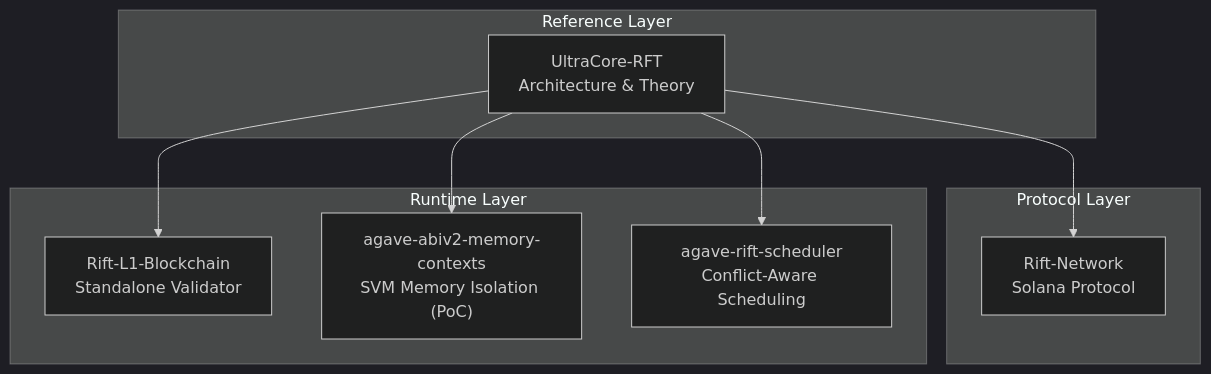
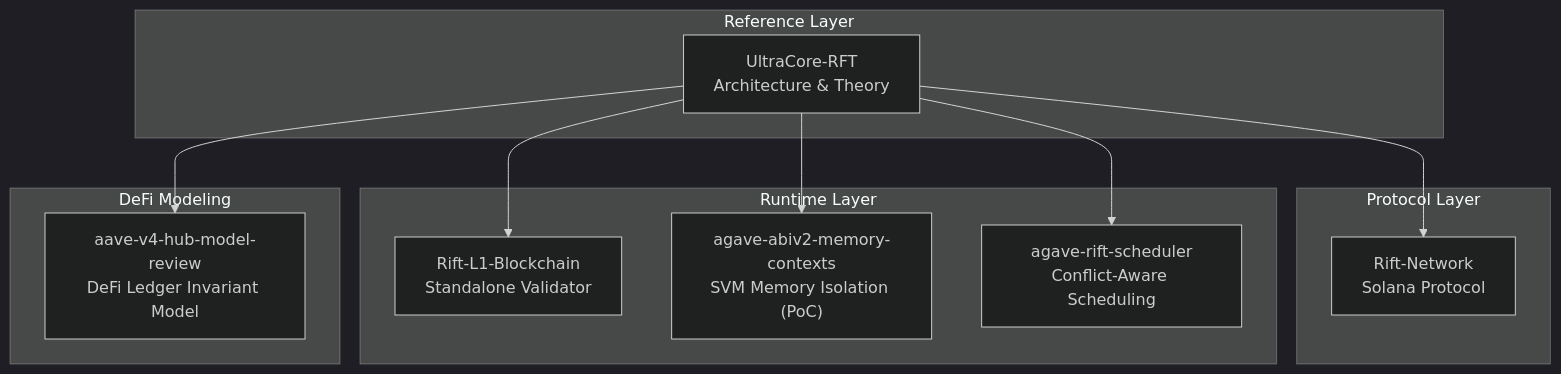
One commit to RFT-SIRM/UltraCore-RFT changed the first of 4 diagrams in PITCH.md. Above: the diagram before and after it, drawn with Mermaid (dark theme). The commit also changed other lines of this file, not shown here.

````diff
--- a/PITCH.md
+++ b/PITCH.md
@@ -84,18 +83,28 @@
 ```mermaid
 flowchart TB
-    subgraph L1["Protocol Layer"]
-        RN["Rift-Network<br/>Solana Protocol"]
-    end
-    subgraph L2["Runtime Layer"]
-        RL1["Rift-L1-Blockchain<br/>Standalone Validator"]
-       MEM["agave-abiv2-memory-contexts<br/>SVM Memory Isolation (PoC)"]
-        SCHED["agave-rift-scheduler<br/>Conflict-Aware Scheduling"]
-    end
-    subgraph L3["Reference Layer"]
-        UC["UltraCore-RFT<br/>Architecture & Theory"]
-    end
-    UC --> RN
-    UC --> RL1
-    UC --> MEM
-    UC --> SCHED
+ subgraph L1["Protocol Layer"]
+ RN["Rift-Network
+Solana Protocol"]
+ end
+ subgraph L2["Runtime Layer"]
+ RL1["Rift-L1-Blockchain
+Standalone Validator"]
+ MEM["agave-abiv2-memory-contexts
+SVM Memory Isolation (PoC)"]
+ SCHED["agave-rift-scheduler
+Conflict-Aware Scheduling"]
+ end
+ subgraph L3["Reference Layer"]
+ UC["UltraCore-RFT
+Architecture & Theory"]
+ end
+ subgraph L4["DeFi Modeling"]
+ AAVE["aave-v4-hub-model-review
+DeFi Ledger Invariant Model"]
+ end
+ UC --> RN
+ UC --> RL1
+ UC --> MEM
+ UC --> SCHED
+ UC --> AAVE
 ```
````
